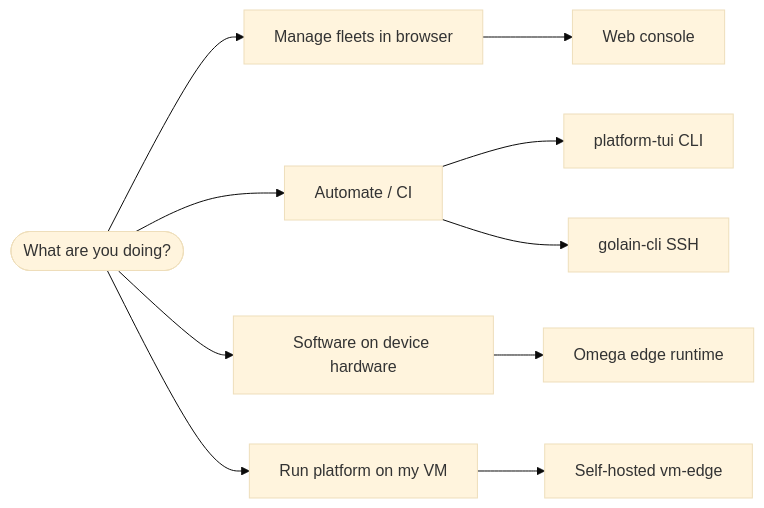
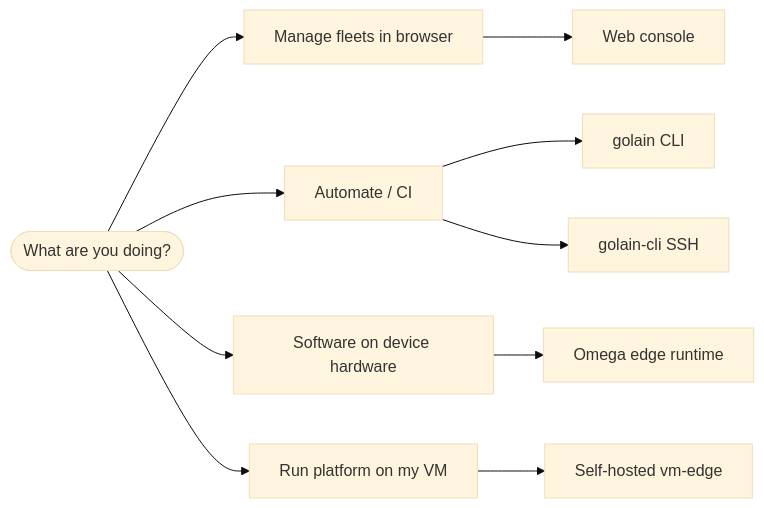
Before and after one commit to golain-io/docs: the diagram in getting-started/choose-your-path.mdx, drawn with Mermaid (base theme). The commit also changed other lines of this file and 18 other files, not shown here.

````diff
--- a/getting-started/choose-your-path.mdx
+++ b/getting-started/choose-your-path.mdx
@@ -10,12 +10,12 @@
 ```mermaid
 flowchart LR
   Start([What are you doing?]) --> Web[Manage fleets in browser]
   Start --> Script[Automate / CI]
   Start --> Edge[Software on device hardware]
   Start --> Host[Run platform on my VM]
   Web --> PW[Web console]
-  Script --> PTUI[platform-tui CLI]
-  Script --> GCLI[golain-cli SSH]
+  Script --> GL[golain CLI]
+  Script --> SSH[golain-cli SSH]
   Edge --> Omega[Omega edge runtime]
   Host --> VM[Self-hosted vm-edge]
 ```
````
